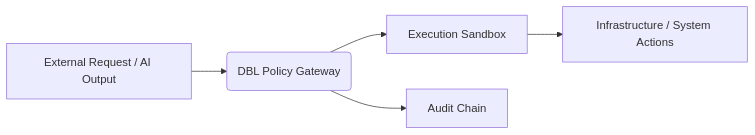
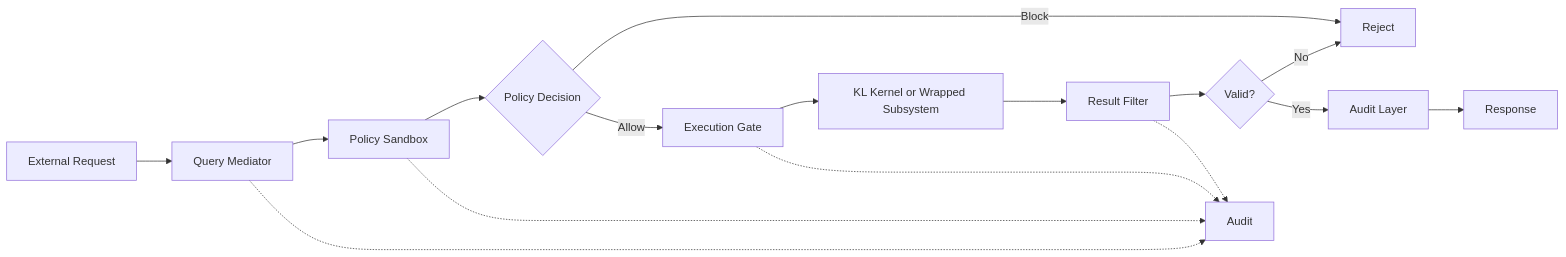
The diagram in docs/02-architecture.md (lukaspfisterch/deterministic-boundary-layer), drawn with Mermaid before and after one commit. The commit also changed other lines of this file and 4 other files, not shown here.

First line of the commit message:
docs: align DBL architecture with KL Kernel Logic v0.3.4

````diff
--- a/docs/02-architecture.md
+++ b/docs/02-architecture.md
@@ -11,8 +168,19 @@
 ```mermaid
 flowchart LR
-  A[External Request / AI Output] --> B(DBL Policy Gateway)
-  B --> C[Execution Sandbox]
-  C --> D[Infrastructure / System Actions]
-  B --> E[Audit Chain]
-
+    A[External Request] --> B[Query Mediator]
+    B --> C[Policy Sandbox]
+    C --> D{Policy Decision}
+    D -->|Block| E[Reject]
+    D -->|Allow| F[Execution Gate]
+    F --> G[KL Kernel or Wrapped Subsystem]
+    G --> H[Result Filter]
+    H --> I{Valid?}
+    I -->|No| E
+    I -->|Yes| J[Audit Layer]
+    J --> K[Response]
+    
+    B -.-> L[Audit]
+    C -.-> L
+    F -.-> L
+    H -.-> L
 ```
````
